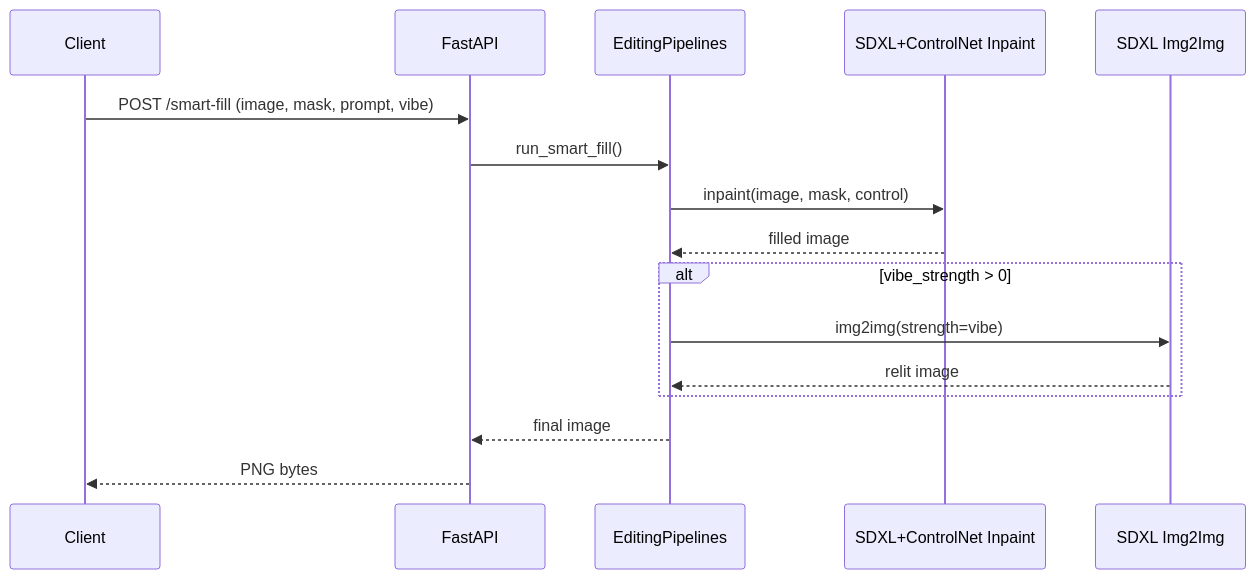
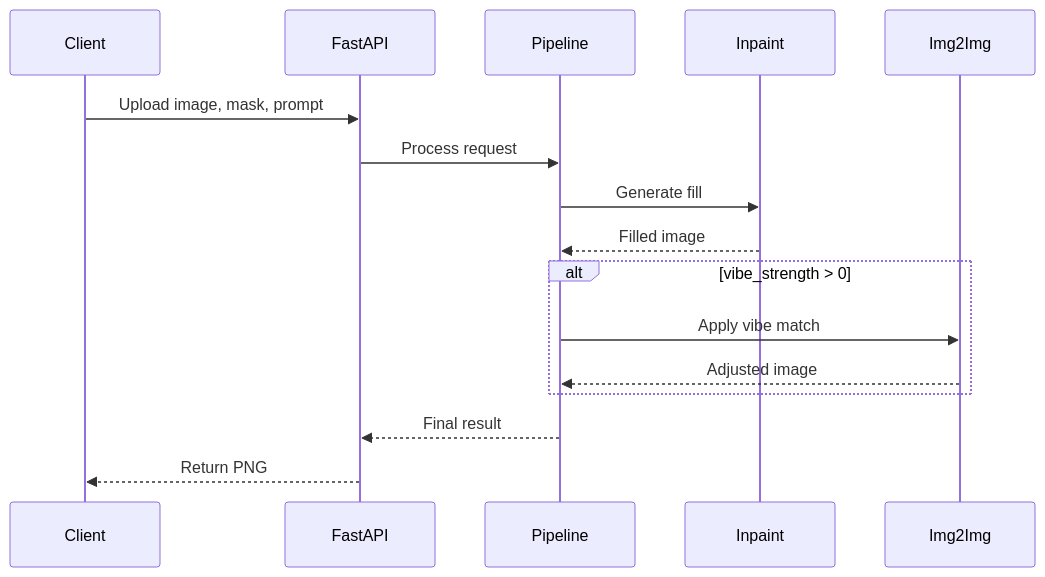
One commit to Abhyu-S/kortex-sdxl changed the second of 2 diagrams in Documentation.md. Above: the diagram before and after it, drawn with Mermaid. The commit also changed other lines of this file and 1 other file, not shown here.

````diff
--- a/Documentation.md
+++ b/Documentation.md
@@ -1183,19 +100,19 @@
 ```mermaid
 sequenceDiagram
-	participant C as Client
-	participant S as FastAPI
-	participant P as EditingPipelines
-	participant I as SDXL+ControlNet Inpaint
-	participant M as SDXL Img2Img
+    participant Client
+    participant FastAPI
+    participant Pipeline
+    participant Inpaint
+    participant Img2Img
 
-	C->>S: POST /smart-fill (image, mask, prompt, vibe)
-	S->>P: run_smart_fill()
-	P->>I: inpaint(image, mask, control)
-	I-->>P: filled image
-	alt vibe_strength > 0
-		P->>M: img2img(strength=vibe)
-		M-->>P: relit image
-	end
-	P-->>S: final image
-	S-->>C: PNG bytes
+    Client->>FastAPI: Upload image, mask, prompt
+    FastAPI->>Pipeline: Process request
+    Pipeline->>Inpaint: Generate fill
+    Inpaint-->>Pipeline: Filled image
+    alt vibe_strength > 0
+        Pipeline->>Img2Img: Apply vibe match
+        Img2Img-->>Pipeline: Adjusted image
+    end
+    Pipeline-->>FastAPI: Final result
+    FastAPI-->>Client: Return PNG
 ```
````
